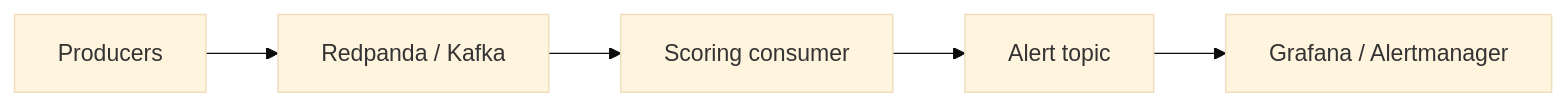
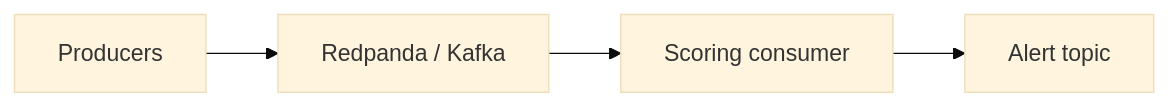
Before and after one commit to MaKSim0805/realtime-anomaly-ops: the diagram in README.md, drawn with Mermaid (base theme). The commit also changed other lines of this file and 4 other files, not shown here.

````diff
--- a/README.md
+++ b/README.md
@@ -5,7 +5,6 @@
 ```mermaid
 flowchart LR
   P[Producers] --> K[Redpanda / Kafka]
   K --> S[Scoring consumer]
   S --> A[Alert topic]
-  A --> G[Grafana / Alertmanager]
 ```
````
